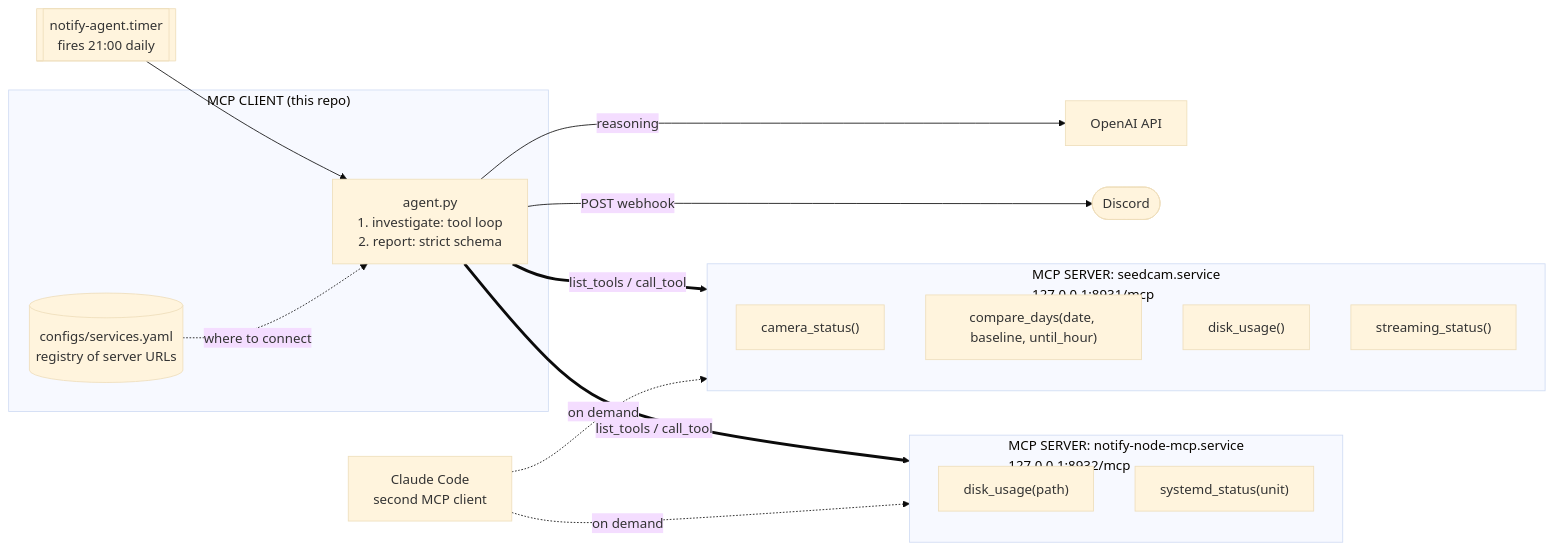
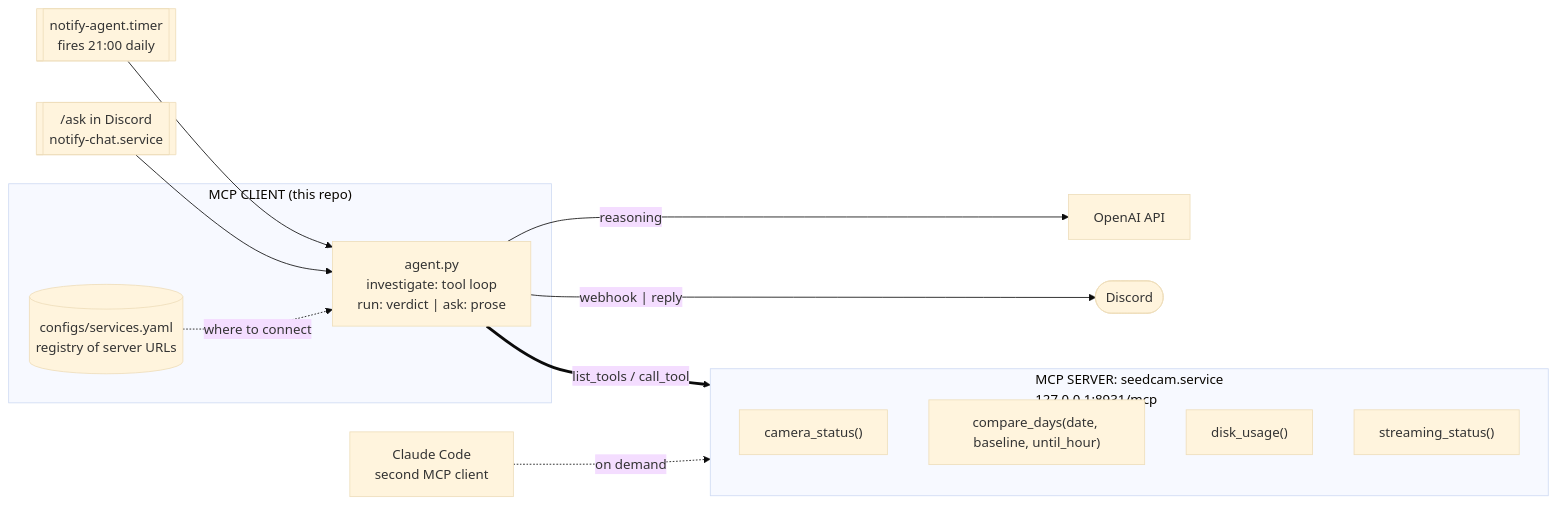
The diagram in README.md (Ka0Ri/AI-notification), drawn with Mermaid (base theme) before and after one commit. The commit also changed other lines of this file and 10 other files, not shown here.

First line of the commit message:
Answer questions on demand through a Discord /ask command

````diff
--- a/README.md
+++ b/README.md
@@ -9,29 +10,23 @@
 ```mermaid
 flowchart LR
     TIMER[["notify-agent.timer<br/>fires 21:00 daily"]] --> AGENT
+    ASK[["/ask in Discord<br/>notify-chat.service"]] --> AGENT
 
     subgraph CLIENT["MCP CLIENT (this repo)"]
         REG[("configs/services.yaml<br/>registry of server URLs")]
-        AGENT["agent.py<br/>1. investigate: tool loop<br/>2. report: strict schema"]
+        AGENT["agent.py<br/>investigate: tool loop<br/>run: verdict | ask: prose"]
         REG -. "where to connect" .-> AGENT
     end
 
     subgraph S1["MCP SERVER: seedcam.service<br/>127.0.0.1:8931/mcp"]
         T1["camera_status()"]
         T2["compare_days(date, baseline, until_hour)"]
         T3["disk_usage()"]
         T4["streaming_status()"]
     end
 
-    subgraph S2["MCP SERVER: notify-node-mcp.service<br/>127.0.0.1:8932/mcp"]
-        T5["disk_usage(path)"]
-        T6["systemd_status(unit)"]
-    end
-
     AGENT ==> |"list_tools / call_tool"| S1
-    AGENT ==> |"list_tools / call_tool"| S2
     AGENT --> |"reasoning"| AI["OpenAI API"]
-    AGENT --> |"POST webhook"| DISCORD(["Discord"])
+    AGENT --> |"webhook | reply"| DISCORD(["Discord"])
     CC["Claude Code<br/>second MCP client"] -. "on demand" .-> S1
-    CC -. "on demand" .-> S2
 ```
````
